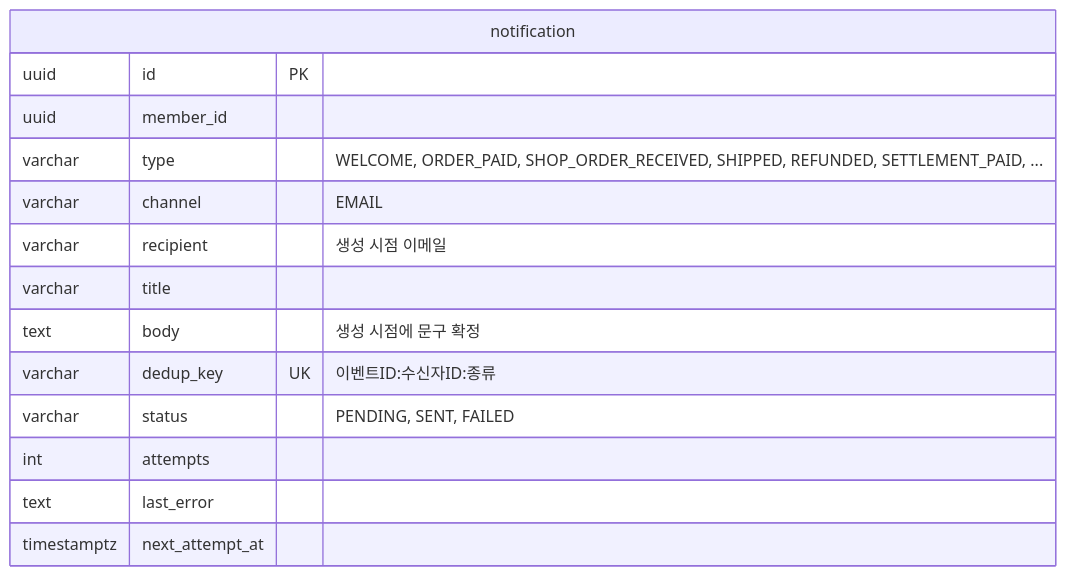
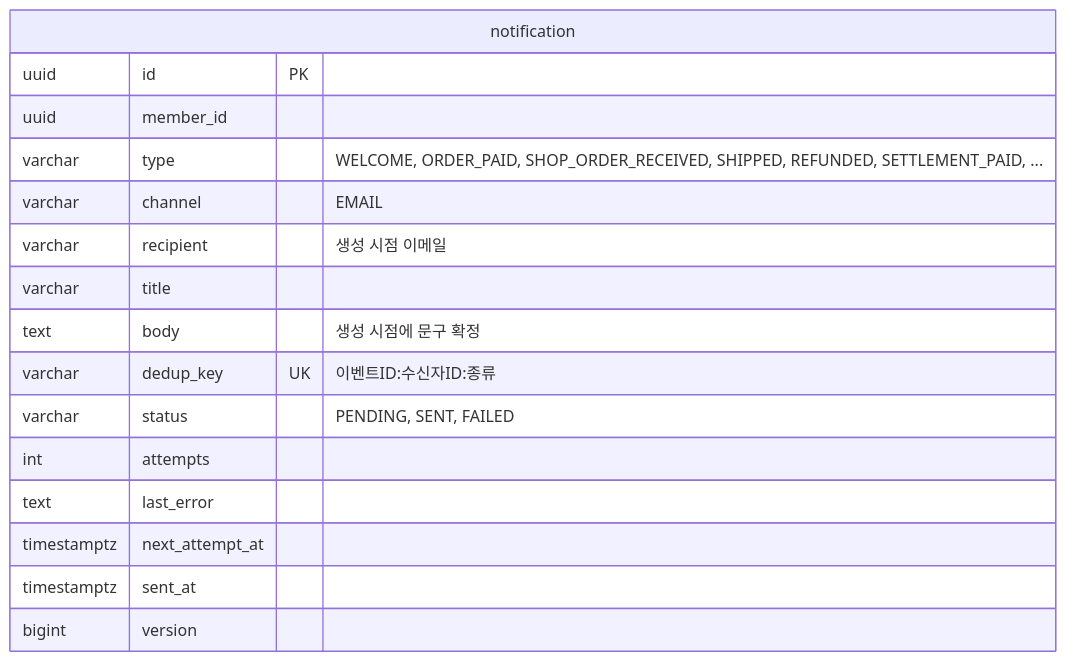
One commit to 95twan/myroutine-v2 changed the ninth of 10 diagrams in docs/02-design/03-erd.md. Above: the diagram before and after it, drawn with Mermaid. The commit also changed other lines of this file and 24 other files, not shown here.

````diff
--- a/docs/02-design/03-erd.md
+++ b/docs/02-design/03-erd.md
@@ -411,17 +421,19 @@
 ```mermaid
 erDiagram
   notification {
     uuid id PK
     uuid member_id
     varchar type "WELCOME, ORDER_PAID, SHOP_ORDER_RECEIVED, SHIPPED, REFUNDED, SETTLEMENT_PAID, ..."
     varchar channel "EMAIL"
     varchar recipient "생성 시점 이메일"
     varchar title
     text body "생성 시점에 문구 확정"
     varchar dedup_key UK "이벤트ID:수신자ID:종류"
     varchar status "PENDING, SENT, FAILED"
     int attempts
     text last_error
     timestamptz next_attempt_at
+    timestamptz sent_at
+    bigint version
   }
 ```
````
